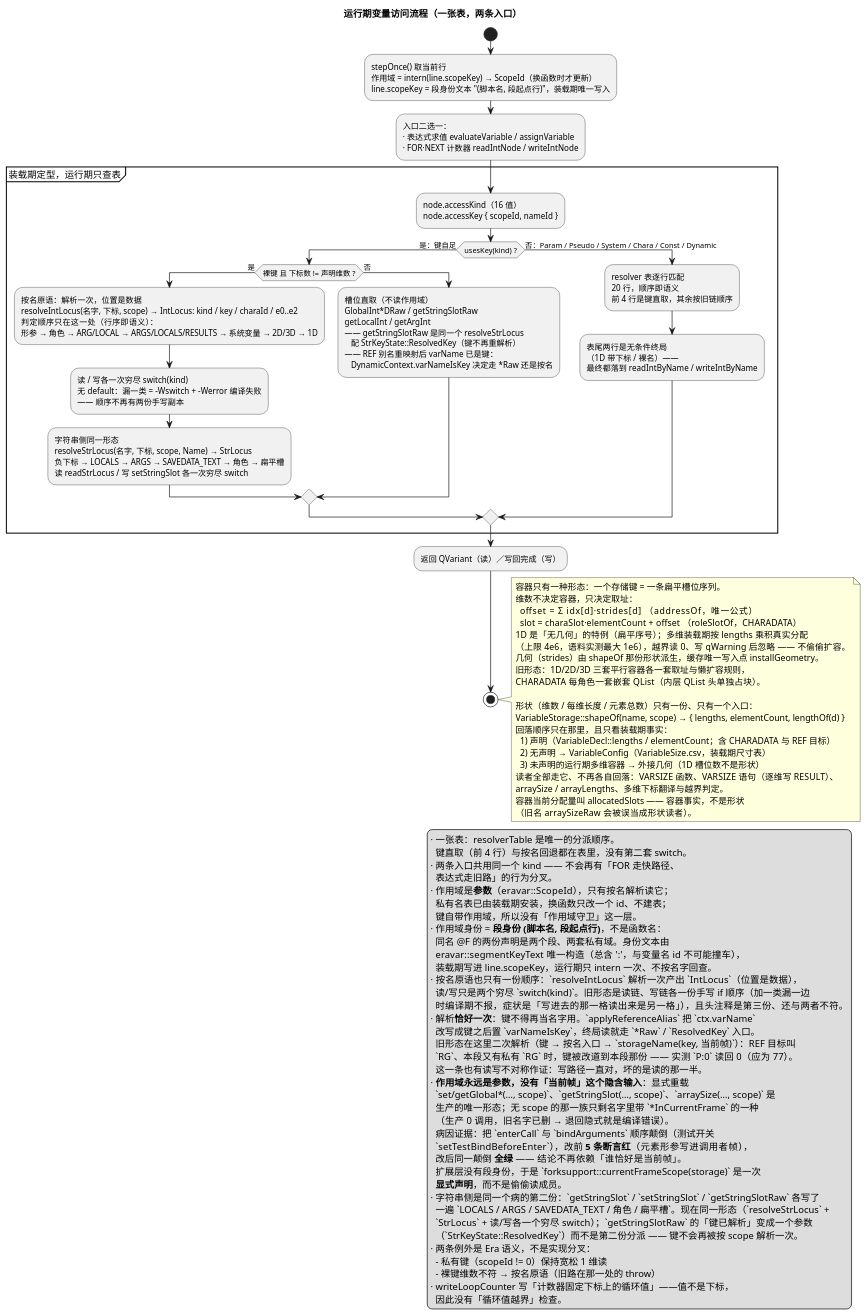
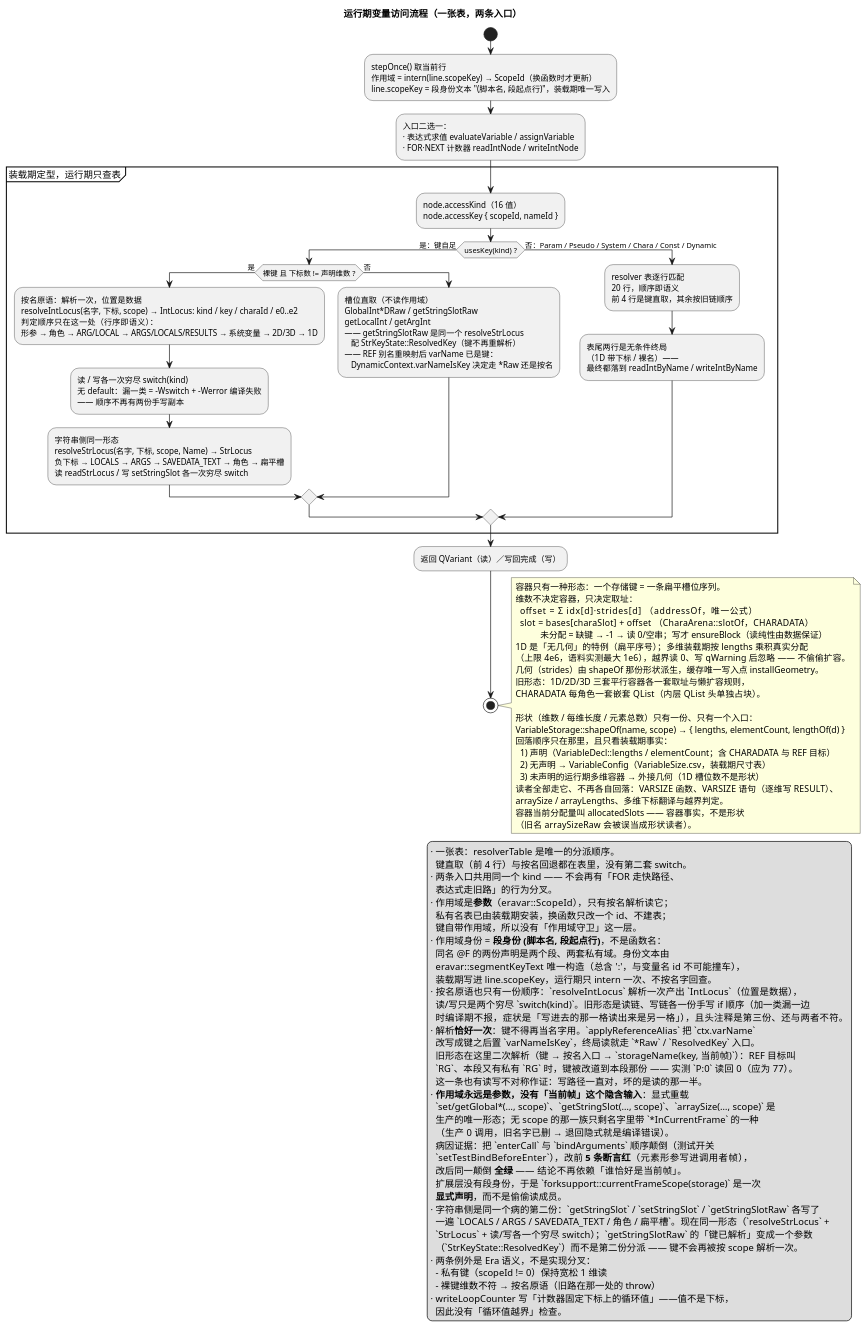
Before and after one commit to yigekuyou/qt-eraemu: the diagram in docs/uml/05-variable-access.puml, drawn with PlantUML. The commit also changed 2 other files, not shown here.

Commit message:
docs/uml 同步：角色块 = 基址表 + arena（slotOf 取代 roleSlotOf）
03/05：取址改成 bases[charaSlot] + offset，注明「未分配 = 缺键，读纯性由数据形态保证」。
README：口径 + 实测记账（67.6M -> 14.5M 槽、快照点 -502 MB vs 端到端 -3.8% 的区别），
累计 43、ctest 69。

```diff
--- a/docs/uml/05-variable-access.puml
+++ b/docs/uml/05-variable-access.puml
@@ -1,116 +1,117 @@
 @startuml 05-variable-access
 ' 无 graphviz(dot) 时用 PlantUML 内置 smetana 布局引擎
 !pragma layout smetana
 ' 竖直排列 if/elseif，避免横向漂移（旧版本忽略此行也能渲染）
 !pragma useVerticalIf on
 ' emuera —— 运行期变量访问：两条入口 → 一张表 → 唯一按名原语
 ' 渲染：plantuml -tpng docs/uml/05-variable-access.puml
 title 运行期变量访问流程（一张表，两条入口）
 
 start
 :stepOnce() 取当前行
 作用域 = intern(line.scopeKey) → ScopeId（换函数时才更新）
 line.scopeKey = 段身份文本 "(脚本名, 段起点行)"，装载期唯一写入;
 :入口二选一：
 · 表达式求值 evaluateVariable / assignVariable
 · FOR·NEXT 计数器 readIntNode / writeIntNode;
 
 partition "装载期定型，运行期只查表" {
   :node.accessKind（16 值）
   node.accessKey { scopeId, nameId };
   if (usesKey(kind) ?) then (是：键自足)
     if (裸键 且 下标数 != 声明维数 ?) then (是)
       :按名原语：解析一次，位置是数据
       resolveIntLocus(名字, 下标, scope) → IntLocus: kind / key / charaId / e0..e2
       判定顺序只在这一处（行序即语义）：
       形参 → 角色 → ARG/LOCAL → ARGS/LOCALS/RESULTS → 系统变量 → 2D/3D → 1D;
       :读 / 写各一次穷尽 switch(kind)
       无 default：漏一类 = -Wswitch + -Werror 编译失败
       —— 顺序不再有两份手写副本;
       :字符串侧同一形态
       resolveStrLocus(名字, 下标, scope, Name) → StrLocus
       负下标 → LOCALS → ARGS → SAVEDATA_TEXT → 角色 → 扁平槽
       读 readStrLocus / 写 setStringSlot 各一次穷尽 switch;
     else (否)
       :槽位直取（不读作用域）
       GlobalInt*DRaw / getStringSlotRaw
       getLocalInt / getArgInt
       —— getStringSlotRaw 是同一个 resolveStrLocus
          配 StrKeyState::ResolvedKey（键不再重解析）
       —— REF 别名重映射后 varName 已是键：
          DynamicContext.varNameIsKey 决定走 *Raw 还是按名;
     endif
   else (否：Param / Pseudo / System / Chara / Const / Dynamic)
     :resolver 表逐行匹配
     20 行，顺序即语义
     前 4 行是键直取，其余按旧链顺序;
     :表尾两行是无条件终局
     （1D 带下标 / 裸名）——
     最终都落到 readIntByName / writeIntByName;
   endif
 }
 :返回 QVariant（读）／写回完成（写）;
 stop
 
 legend right
   · 一张表：resolverTable 是唯一的分派顺序。
     键直取（前 4 行）与按名回退都在表里，没有第二套 switch。
   · 两条入口共用同一个 kind —— 不会再有「FOR 走快路径、
     表达式走旧路」的行为分叉。
   · 作用域是**参数**（eravar::ScopeId），只有按名解析读它；
     私有名表已由装载期安装，换函数只改一个 id、不建表；
     键自带作用域，所以没有「作用域守卫」这一层。
   · 作用域身份 = **段身份 (脚本名, 段起点行)**，不是函数名：
     同名 @F 的两份声明是两个段、两套私有域。身份文本由
     eravar::segmentKeyText 唯一构造（总含 ':'，与变量名 id 不可能撞车），
     装载期写进 line.scopeKey，运行期只 intern 一次、不按名字回查。
   · 按名原语也只有一份顺序：`resolveIntLocus` 解析一次产出 `IntLocus`（位置是数据），
     读/写只是两个穷尽 `switch(kind)`。旧形态是读链、写链各一份手写 if 顺序（加一类漏一边
     时编译期不报，症状是「写进去的那一格读出来是另一格」），且头注释是第三份、还与两者不符。
   · 解析**恰好一次**：键不得再当名字用。`applyReferenceAlias` 把 `ctx.varName`
     改写成键之后置 `varNameIsKey`，终局读就走 `*Raw` / `ResolvedKey` 入口。
     旧形态在这里二次解析（键 → 按名入口 → `storageName(key, 当前帧)`）：REF 目标叫
     `RG`、本段又有私有 `RG` 时，键被改道到本段那份 —— 实测 `P:0` 读回 0（应为 77）。
     这一条也有读写不对称作证：写路径一直对，坏的是读的那一半。
   · **作用域永远是参数，没有「当前帧」这个隐含输入**：显式重载
     `set/getGlobal*(…, scope)`、`getStringSlot(…, scope)`、`arraySize(…, scope)` 是
     生产的唯一形态；无 scope 的那一族只剩名字里带 `*InCurrentFrame` 的一种
     （生产 0 调用，旧名字已删 → 退回隐式就是编译错误）。
     病因证据：把 `enterCall` 与 `bindArguments` 顺序颠倒（测试开关
     `setTestBindBeforeEnter`），改前 **5 条断言红**（元素形参写进调用者帧），
     改后同一颠倒 **全绿** —— 结论不再依赖「谁恰好是当前帧」。
     扩展层没有段身份，于是 `forksupport::currentFrameScope(storage)` 是一次
     **显式声明**，而不是偷偷读成员。
   · 字符串侧是同一个病的第二份：`getStringSlot` / `setStringSlot` / `getStringSlotRaw` 各写了
     一遍 `LOCALS / ARGS / SAVEDATA_TEXT / 角色 / 扁平槽`。现在同一形态（`resolveStrLocus` +
     `StrLocus` + 读/写各一个穷尽 switch）；`getStringSlotRaw` 的「键已解析」变成一个参数
     （`StrKeyState::ResolvedKey`）而不是第二份分派 —— 键不会再被按 scope 解析一次。
   · 两条例外是 Era 语义，不是实现分叉：
     - 私有键（scopeId != 0）保持宽松 1 维读
     - 裸键维数不符 → 按名原语（旧路在那一处的 throw）
   · writeLoopCounter 写「计数器固定下标上的循环值」——值不是下标，
     因此没有「循环值越界」检查。
 endlegend
 note right
   容器只有一种形态：一个存储键 = 一条扁平槽位序列。
   维数不决定容器，只决定取址：
     offset = Σ idx[d]·strides[d]             （addressOf，唯一公式）
-    slot   = charaSlot·elementCount + offset （roleSlotOf，CHARADATA）
+    slot   = bases[charaSlot] + offset    （CharaArena::slotOf，CHARADATA）
+             未分配 = 缺键 → -1 → 读 0/空串；写才 ensureBlock（读纯性由数据保证）
   1D 是「无几何」的特例（扁平序号）；多维装载期按 lengths 乘积真实分配
   （上限 4e6，语料实测最大 1e6），越界读 0、写 qWarning 后忽略 —— 不偷偷扩容。
   几何（strides）由 shapeOf 那份形状派生，缓存唯一写入点 installGeometry。
   旧形态：1D/2D/3D 三套平行容器各一套取址与懒扩容规则，
   CHARADATA 每角色一套嵌套 QList（内层 QList 头单独占块）。
 
   形状（维数 / 每维长度 / 元素总数）只有一份、只有一个入口：
   VariableStorage::shapeOf(name, scope) → { lengths, elementCount, lengthOf(d) }
   回落顺序只在那里，且只看装载期事实：
     1) 声明（VariableDecl::lengths / elementCount；含 CHARADATA 与 REF 目标）
     2) 无声明 → VariableConfig（VariableSize.csv，装载期尺寸表）
     3) 未声明的运行期多维容器 → 外接几何（1D 槽位数不是形状）
   读者全部走它、不再各自回落：VARSIZE 函数、VARSIZE 语句（逐维写 RESULT）、
   arraySize / arrayLengths、多维下标翻译与越界判定。
   容器当前分配量叫 allocatedSlots —— 容器事实，不是形状
   （旧名 arraySizeRaw 会被误当成形状读者）。
 end note
 @enduml
```
